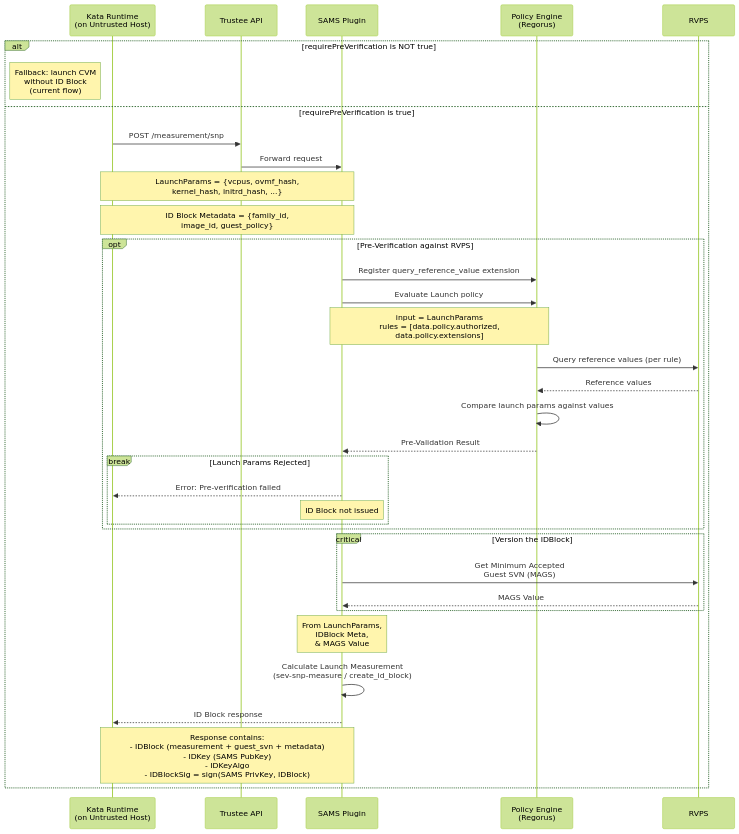
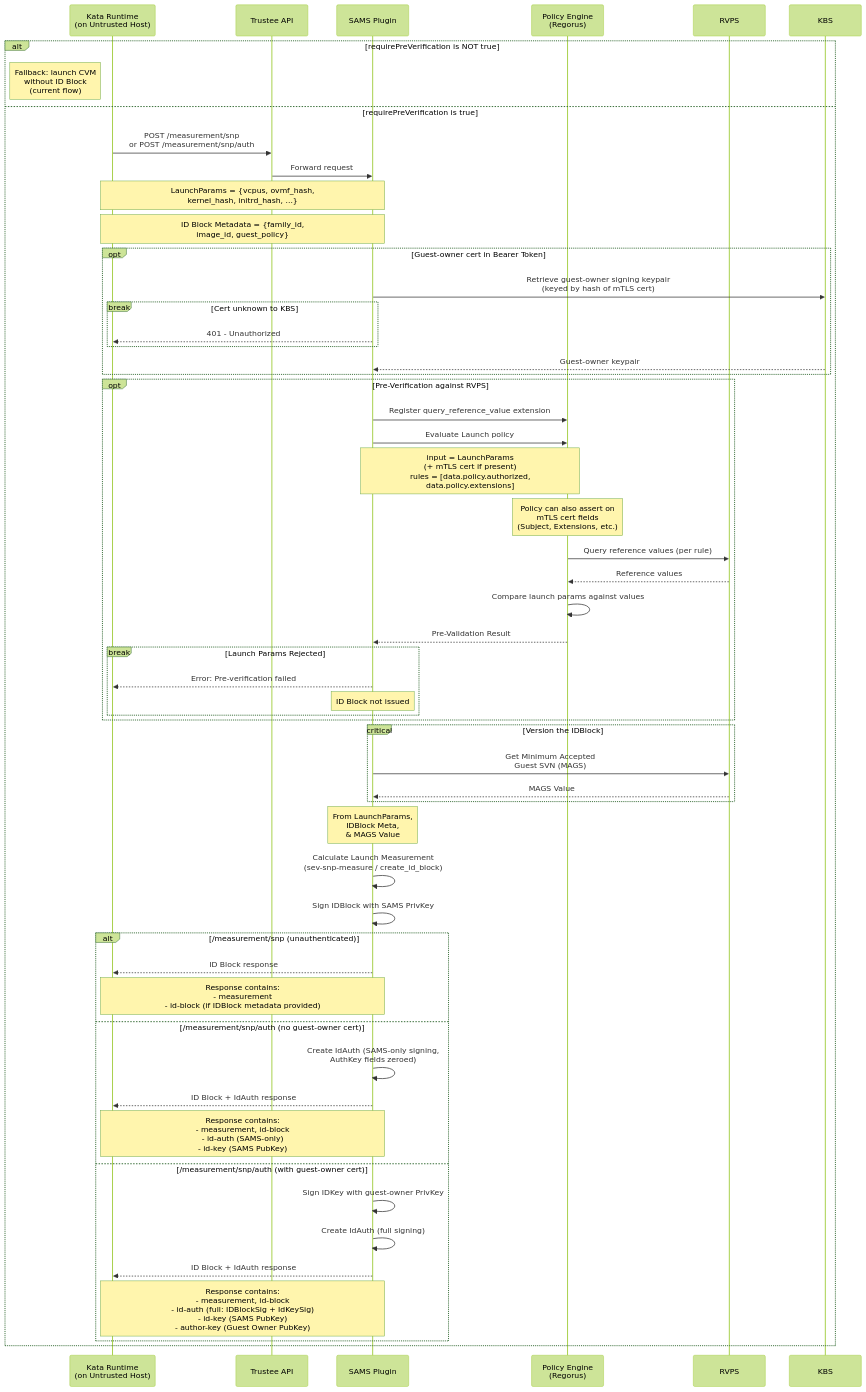
The second of 6 diagrams in kbs/src/plugins/implementations/sams/README.md (amd-cmaxwell/trustee), drawn with Mermaid (forest theme) before and after one commit. The commit also changed other lines of this file, not shown here.

First line of the commit message:
kbs: align SAMS README with design addenda

````diff
--- a/kbs/src/plugins/implementations/sams/README.md
+++ b/kbs/src/plugins/implementations/sams/README.md
@@ -109,41 +185,64 @@
 ```mermaid
 sequenceDiagram
     participant kata_runtime as Kata Runtime<br>(on Untrusted Host)
     participant api as Trustee API
     participant sams as SAMS Plugin
     participant policy_engine as Policy Engine<br>(Regorus)
     participant rvps as RVPS
+    participant kbs as KBS
 
     alt requirePreVerification is NOT true
         note left of kata_runtime: Fallback: launch CVM<br>without ID Block<br>(current flow)
     else requirePreVerification is true
-        kata_runtime ->> api: POST /measurement/snp
+        kata_runtime ->> api: POST /measurement/snp<br>or POST /measurement/snp/auth
         api ->> sams: Forward request
 
         note over kata_runtime, sams: LaunchParams = {vcpus, ovmf_hash,<br>kernel_hash, initrd_hash, ...}
         note over kata_runtime, sams: ID Block Metadata = {family_id,<br>image_id, guest_policy}
 
+        opt Guest-owner cert in Bearer Token
+            sams ->> kbs: Retrieve guest-owner signing keypair<br>(keyed by hash of mTLS cert)
+            break Cert unknown to KBS
+                sams -->> kata_runtime: 401 - Unauthorized
+            end
+            kbs -->> sams: Guest-owner keypair
+        end
+
         opt Pre-Verification against RVPS
             sams ->> policy_engine: Register query_reference_value extension
             sams ->> policy_engine: Evaluate Launch policy
-            note over sams, policy_engine: input = LaunchParams<br>rules = [data.policy.authorized,<br>data.policy.extensions]
+            note over sams, policy_engine: input = LaunchParams<br>(+ mTLS cert if present)<br>rules = [data.policy.authorized,<br>data.policy.extensions]
+            note over policy_engine: Policy can also assert on<br>mTLS cert fields<br>(Subject, Extensions, etc.)
             policy_engine ->> rvps: Query reference values (per rule)
             rvps -->> policy_engine: Reference values
             policy_engine ->> policy_engine: Compare launch params against values
             policy_engine -->> sams: Pre-Validation Result
             break Launch Params Rejected
                 sams -->> kata_runtime: Error: Pre-verification failed
                 note over sams: ID Block not issued
             end
         end
 
         critical Version the IDBlock
             sams ->> rvps: Get Minimum Accepted <br>Guest SVN (MAGS)
             rvps -->> sams: MAGS Value
         end
         note over sams: From LaunchParams,<br> IDBlock Meta,<br> & MAGS Value
         sams ->> sams: Calculate Launch Measurement<br>(sev-snp-measure / create_id_block)
-        sams -->> kata_runtime: ID Block response
-        note over sams, kata_runtime: Response contains:<br>- IDBlock (measurement + guest_svn + metadata)<br>- IDKey (SAMS PubKey)<br>- IDKeyAlgo<br>- IDBlockSig = sign(SAMS PrivKey, IDBlock)
+        sams ->> sams: Sign IDBlock with SAMS PrivKey
+
+        alt /measurement/snp (unauthenticated)
+            sams -->> kata_runtime: ID Block response
+            note over sams, kata_runtime: Response contains:<br>- measurement<br>- id-block (if IDBlock metadata provided)
+        else /measurement/snp/auth (no guest-owner cert)
+            sams ->> sams: Create IdAuth (SAMS-only signing,<br>AuthKey fields zeroed)
+            sams -->> kata_runtime: ID Block + IdAuth response
+            note over sams, kata_runtime: Response contains:<br>- measurement, id-block<br>- id-auth (SAMS-only)<br>- id-key (SAMS PubKey)
+        else /measurement/snp/auth (with guest-owner cert)
+            sams ->> sams: Sign IDKey with guest-owner PrivKey
+            sams ->> sams: Create IdAuth (full signing)
+            sams -->> kata_runtime: ID Block + IdAuth response
+            note over sams, kata_runtime: Response contains:<br>- measurement, id-block<br>- id-auth (full: IDBlockSig + IdKeySig)<br>- id-key (SAMS PubKey)<br>- author-key (Guest Owner PubKey)
+        end
     end
 ```
````
